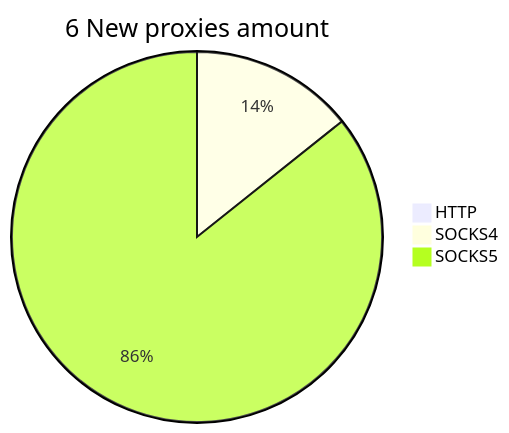
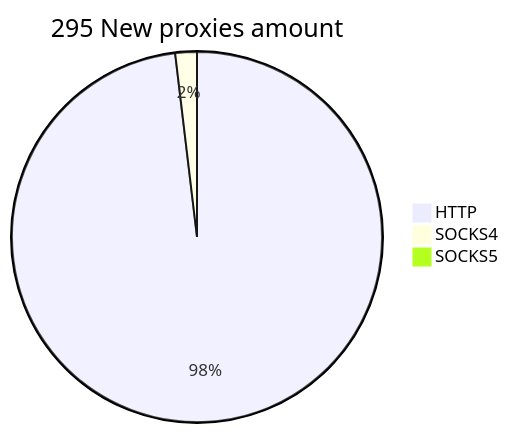
Before and after one commit to cutipu/proxylist: the second of 2 diagrams in README.md, drawn with Mermaid. The commit also changed other lines of this file, not shown here.

````diff
--- a/README.md
+++ b/README.md
@@ -10,6 +10,6 @@
 ```mermaid
-pie title 6 New proxies amount
-    "HTTP" : 0
-    "SOCKS4" : 1
-    "SOCKS5" : 6
+pie title 295 New proxies amount
+    "HTTP" : 312
+    "SOCKS4" : 6
+    "SOCKS5" : 0
 ```
````
